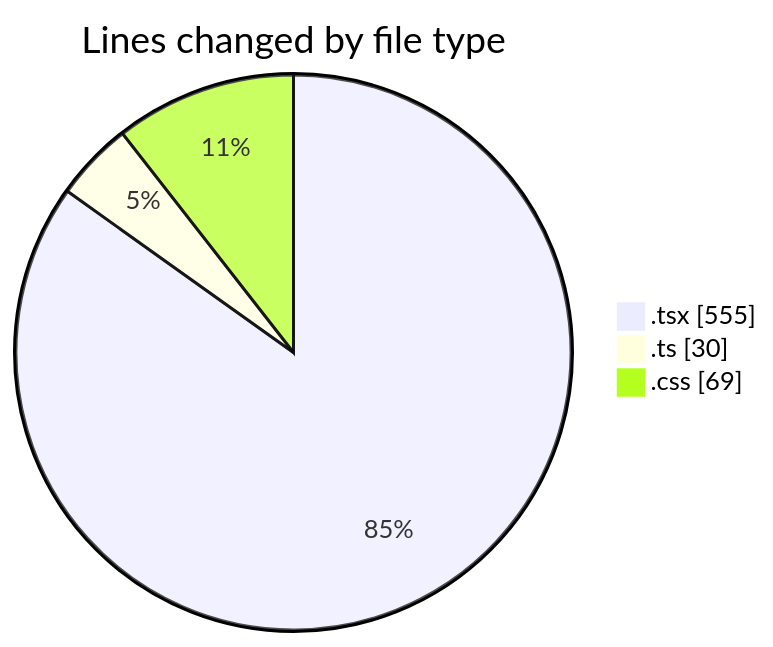
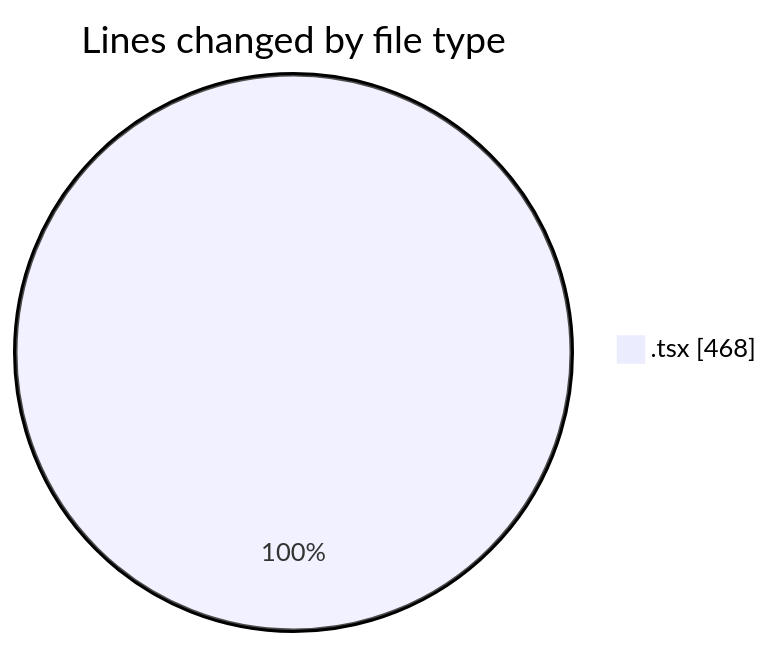
One commit to robertbonfada/code-tracking changed the first of 2 diagrams in 2025-01-17/nre-mbc-frontend/README.md. Above: the diagram before and after it, drawn with Mermaid. The commit also changed other lines of this file and 2 other files, not shown here.

````diff
--- a/2025-01-17/nre-mbc-frontend/README.md
+++ b/2025-01-17/nre-mbc-frontend/README.md
@@ -22,7 +20,5 @@
 ```mermaid
 pie showData
 title Lines changed by file type
-".tsx" : 555
-".ts" : 30
-".css" : 69
+".tsx" : 468
 ```
````
